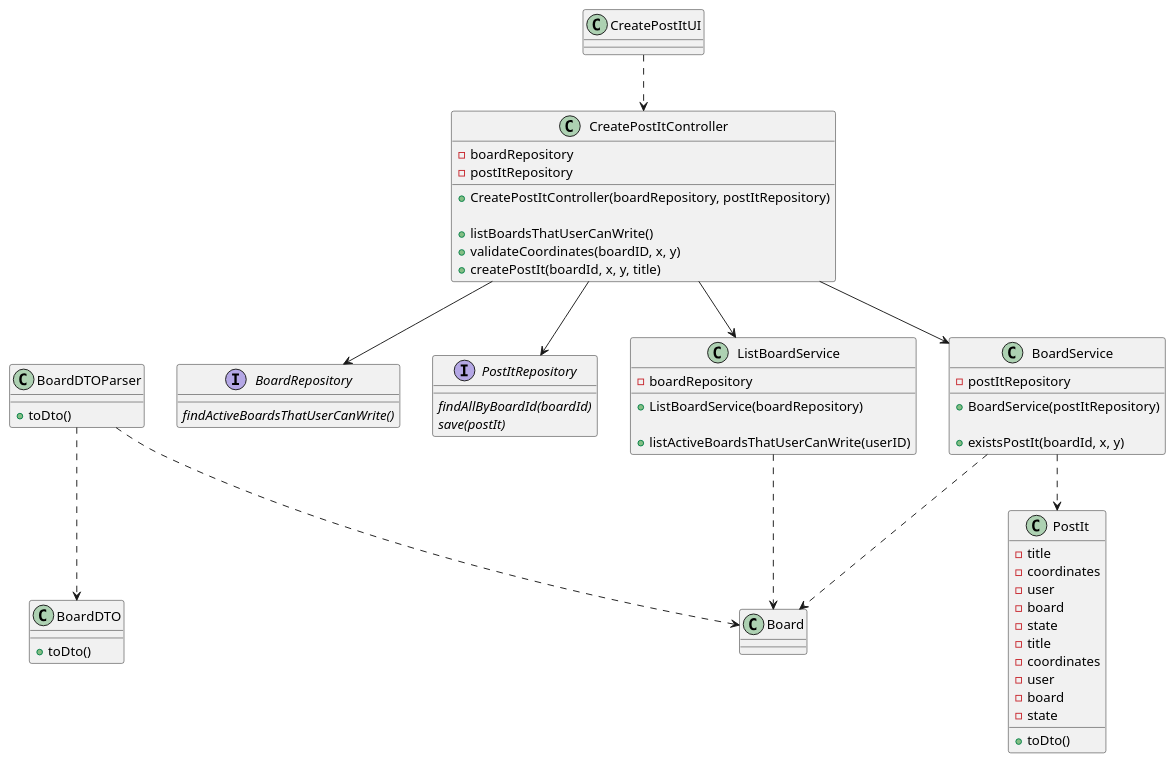
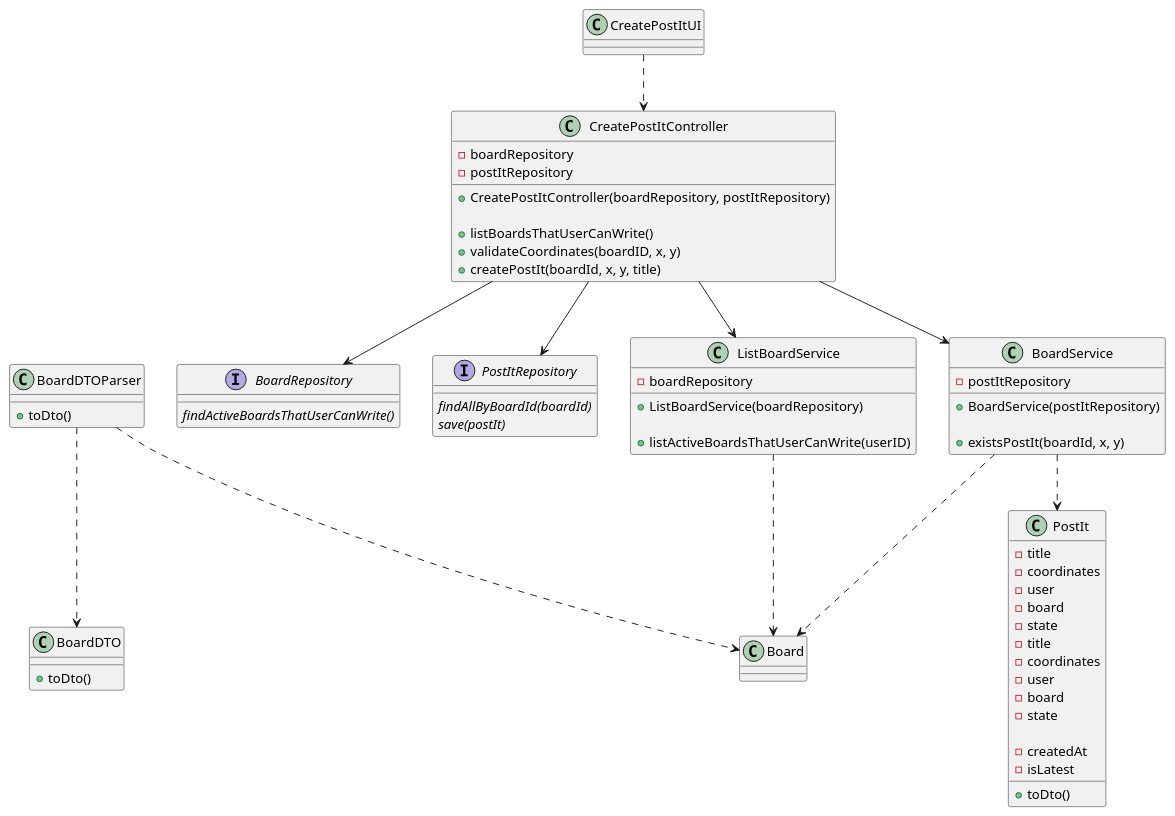
Before and after one commit to miseEnPlace-dev/lapr4: the diagram in docs/sprint-c/us31-3006/US3006_CD.puml, drawn with PlantUML. The commit also changed 9 other files, not shown here.

```diff
--- a/docs/sprint-c/us31-3006/US3006_CD.puml
+++ b/docs/sprint-c/us31-3006/US3006_CD.puml
@@ -1,85 +1,88 @@
 @startuml US3006_CD
 
 interface BoardRepository {
   {abstract} findActiveBoardsThatUserCanWrite()
 }
 
 interface PostItRepository {
   {abstract} findAllByBoardId(boardId)
   {abstract} save(postIt)
 }
 
 class ListBoardService {
   - boardRepository
 
   + ListBoardService(boardRepository)
 
   + listActiveBoardsThatUserCanWrite(userID)
 }
 
 class BoardService {
   - postItRepository
 
   + BoardService(postItRepository)
 
   + existsPostIt(boardId, x, y)
 }
 
 class CreatePostItUI {}
 
 class CreatePostItController {
   - boardRepository
   - postItRepository
 
   + CreatePostItController(boardRepository, postItRepository)
 
   + listBoardsThatUserCanWrite()
   + validateCoordinates(boardID, x, y)
   + createPostIt(boardId, x, y, title)
 }
 
 class PostIt {
   - title
   - coordinates
   - user
   - board
   - state
 }
 
 class PostIt {
   - title
   - coordinates
   - user
   - board
   - state
 
+  - createdAt
+  - isLatest
+
   + toDto()
 }
 
 class Board {
 }
 
 
 class BoardDTO {
   + toDto()
 }
 
 class BoardDTOParser {
   + toDto()
 }
 
 
 CreatePostItUI ..> CreatePostItController
 CreatePostItController --> ListBoardService
 CreatePostItController --> BoardService
 
 ListBoardService ..> Board
 CreatePostItController --> PostItRepository
 CreatePostItController --> BoardRepository
 
 BoardService ..> PostIt
 BoardService ..> Board
 BoardDTOParser ..> BoardDTO
 BoardDTOParser ..> Board
 
 @enduml
```
